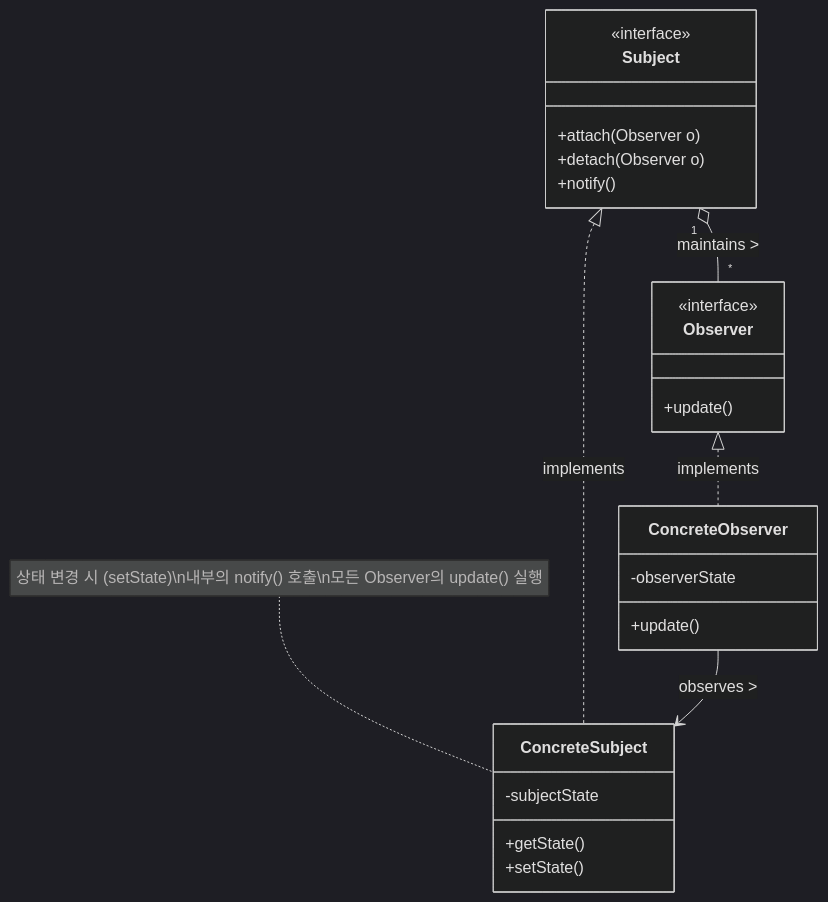
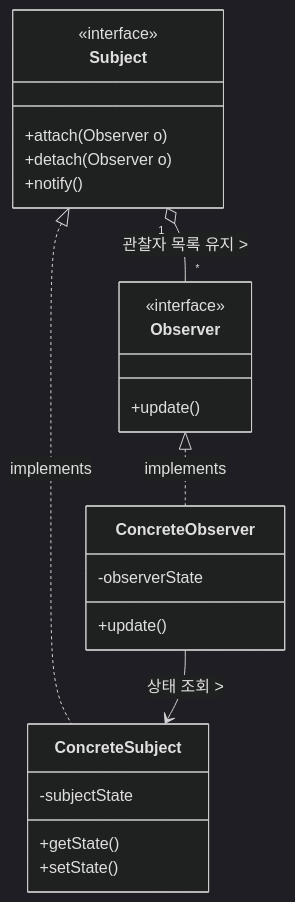
The diagram in content/01_IT Tech/Observer (상태 변화 통지).md (supremethumb/supremethumb.github.io), drawn with Mermaid (dark theme) before and after one commit. The commit also changed other lines of this file and 362 other files, not shown here.

````diff
--- a/content/01_IT Tech/Observer (상태 변화 통지).md
+++ b/content/01_IT Tech/Observer (상태 변화 통지).md
@@ -30,33 +31,31 @@
 ```mermaid
 classDiagram
+    direction TB
     class Subject {
         <<interface>>
         +attach(Observer o)
         +detach(Observer o)
         +notify()
     }
     
     class Observer {
         <<interface>>
         +update()
     }
     
     class ConcreteSubject {
         -subjectState
         +getState()
         +setState()
     }
     
     class ConcreteObserver {
         -observerState
         +update()
     }
     
-    Subject "1" o-- "*" Observer : maintains >
+    Subject "1" o-- "*" Observer : 관찰자 목록 유지 >
     Subject <|.. ConcreteSubject : implements
     Observer <|.. ConcreteObserver : implements
-    ConcreteObserver --> ConcreteSubject : observes >
-    
-    note for ConcreteSubject "상태 변경 시 (setState)\n내부의 notify() 호출\n모든 Observer의 update() 실행"
-
+    ConcreteObserver --> ConcreteSubject : 상태 조회 >
 ```
````
